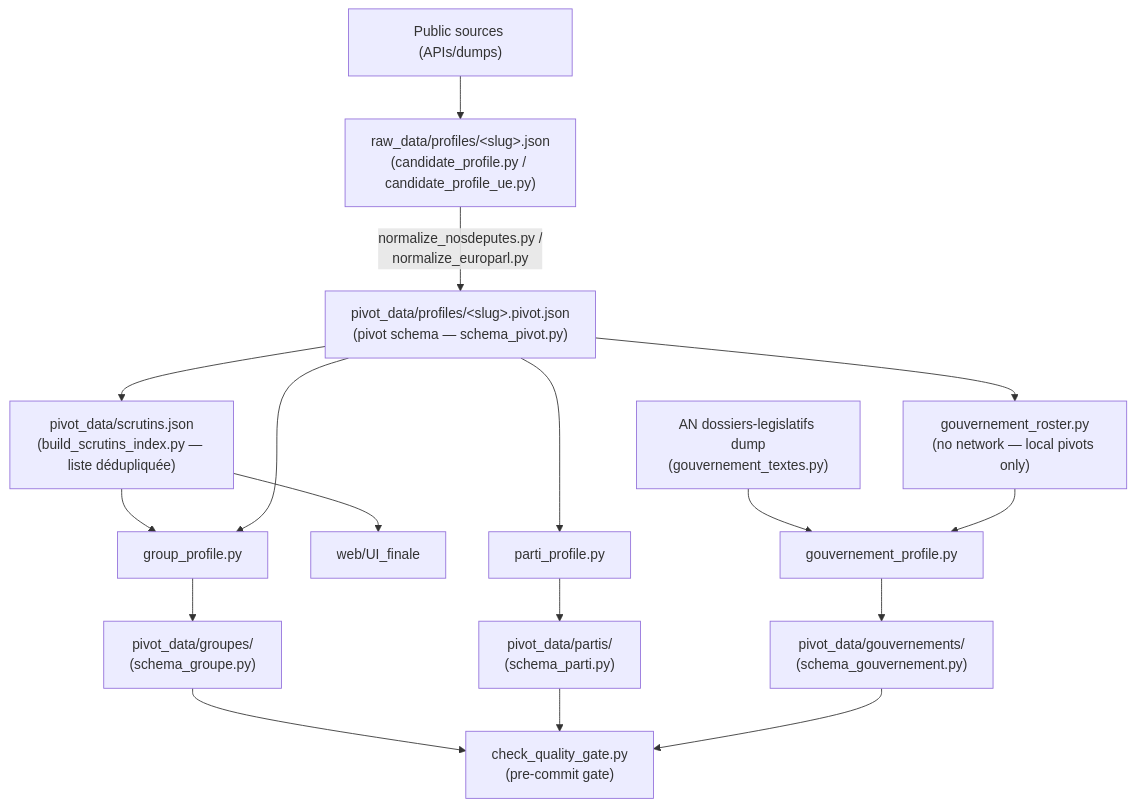
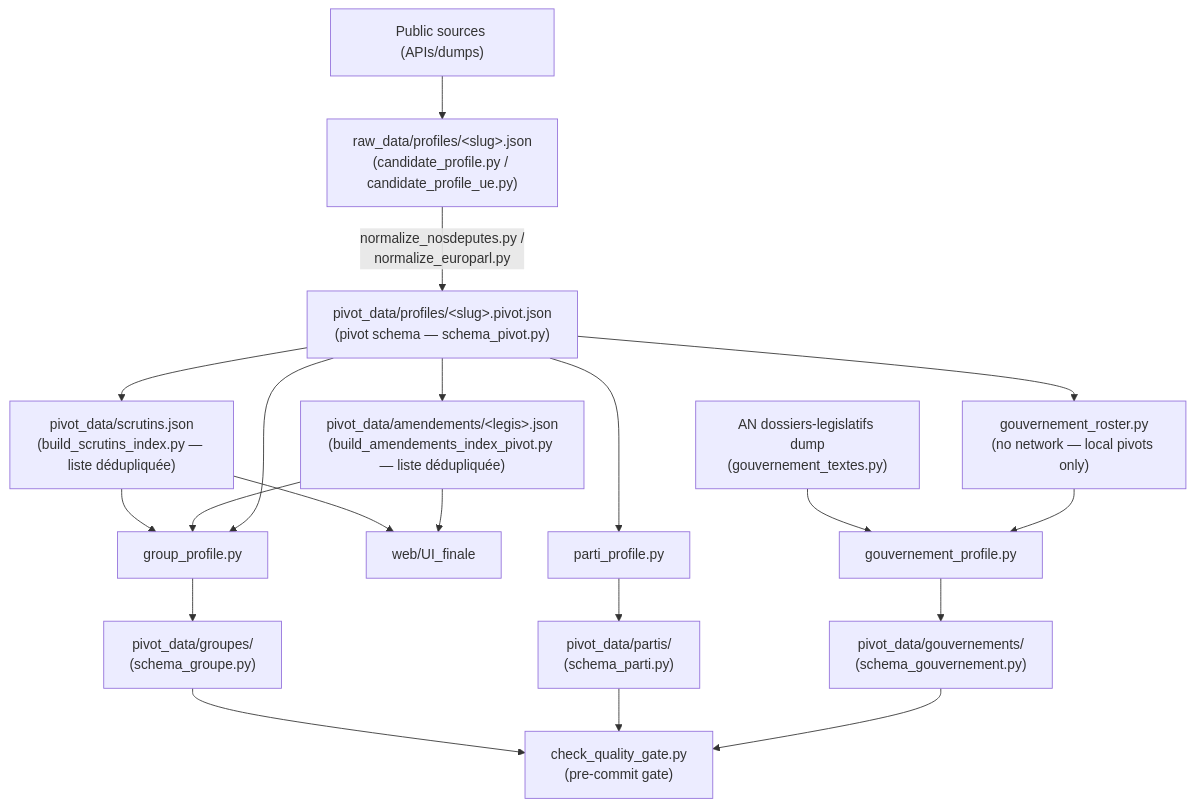
One commit to stephieED/Empreinte-politique-src changed the diagram in AGENTS.md. Above: the diagram before and after it, drawn with Mermaid. The commit also changed other lines of this file and 24 other files, not shown here.

````diff
--- a/AGENTS.md
+++ b/AGENTS.md
@@ -36,19 +36,22 @@
 ```mermaid
 graph TD
     A["Public sources (APIs/dumps)"] --> B["raw_data/profiles/&lt;slug&gt;.json<br/>(candidate_profile.py / candidate_profile_ue.py)"]
     B -->|"normalize_nosdeputes.py /<br/>normalize_europarl.py"| C["pivot_data/profiles/&lt;slug&gt;.pivot.json<br/>(pivot schema — schema_pivot.py)"]
     C --> S["pivot_data/scrutins.json<br/>(build_scrutins_index.py — liste dédupliquée)"]
+    C --> AM["pivot_data/amendements/&lt;legis&gt;.json<br/>(build_amendements_index_pivot.py — liste dédupliquée)"]
     S --> D
+    AM --> D
     S --> W["web/UI_finale"]
+    AM --> W
     C --> D["group_profile.py"]
     C --> E["parti_profile.py"]
     C --> I["gouvernement_roster.py<br/>(no network — local pivots only)"]
     J["AN dossiers-legislatifs dump<br/>(gouvernement_textes.py)"] --> K["gouvernement_profile.py"]
     I --> K
     D --> F["pivot_data/groupes/<br/>(schema_groupe.py)"]
     E --> G["pivot_data/partis/<br/>(schema_parti.py)"]
     K --> L["pivot_data/gouvernements/<br/>(schema_gouvernement.py)"]
     F --> H["check_quality_gate.py<br/>(pre-commit gate)"]
     G --> H
     L --> H
 ```
````
